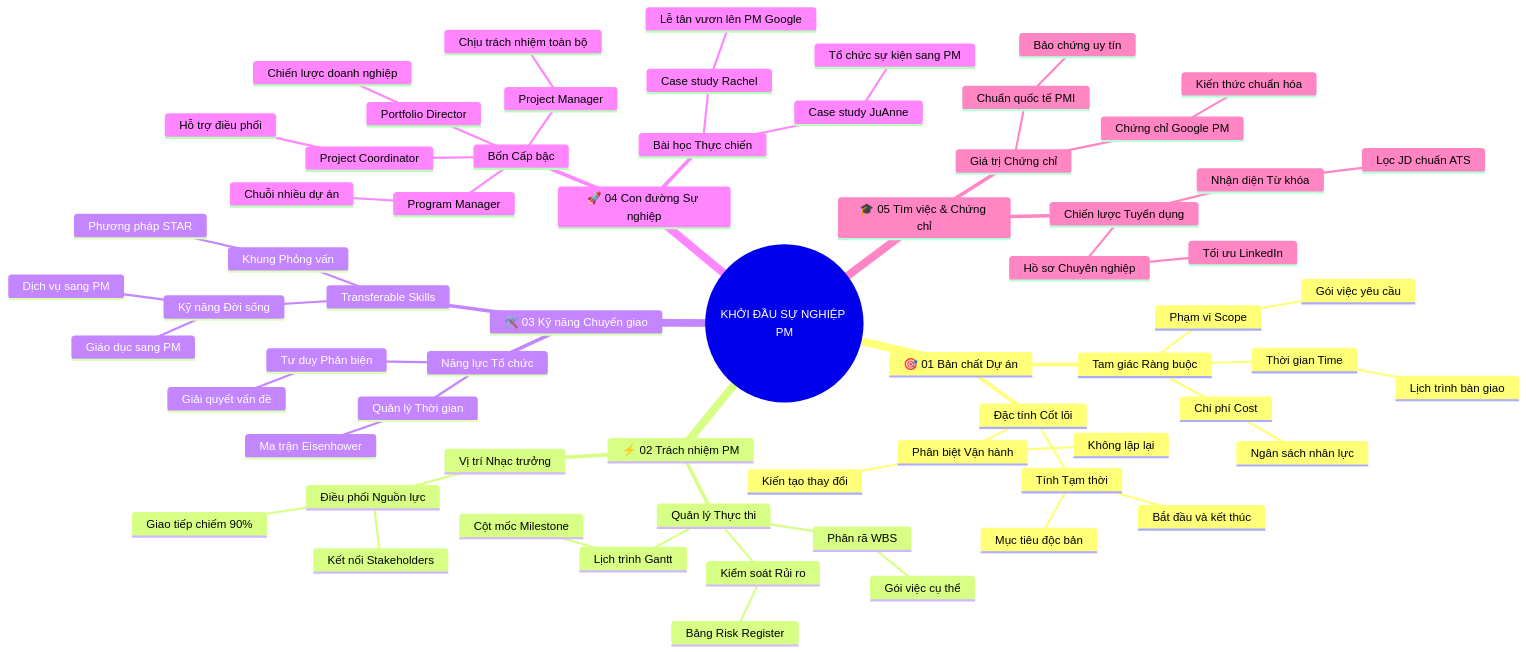
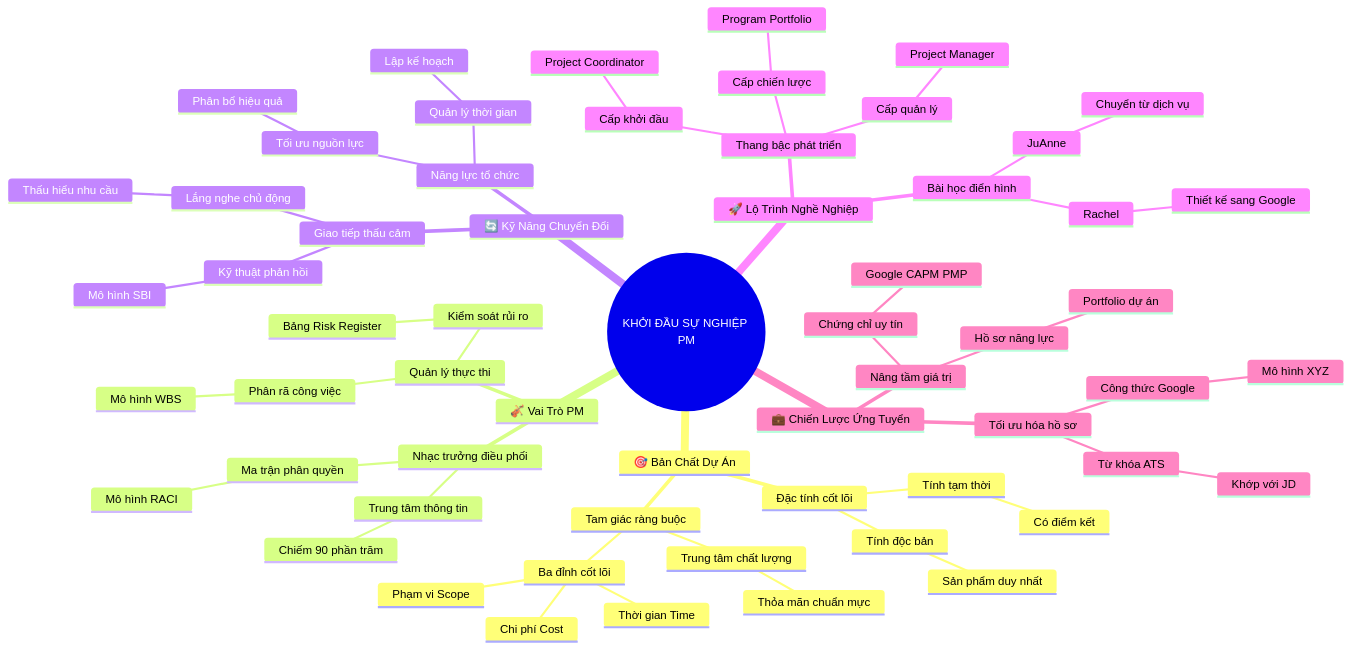
Before and after one commit to tibe2109/audio-book-refactor: the diagram in Kich-ban-clipchamp/Google-Project-Management-Coursera/01-Embarking-on-a-Career-in-Project-Management/summary.md, drawn with Mermaid. The commit also changed other lines of this file and 680 other files, not shown here.

````diff
--- a/Kich-ban-clipchamp/Google-Project-Management-Coursera/01-Embarking-on-a-Career-in-Project-Management/summary.md
+++ b/Kich-ban-clipchamp/Google-Project-Management-Coursera/01-Embarking-on-a-Career-in-Project-Management/summary.md
@@ -157,69 +158,63 @@
 ```mermaid
 mindmap
   root((KHỞI ĐẦU SỰ NGHIỆP PM))
-    🎯 01 Bản chất Dự án
-      Đặc tính Cốt lõi
-        Tính Tạm thời
-          Bắt đầu và kết thúc
-          Mục tiêu độc bản
-        Phân biệt Vận hành
-          Không lặp lại
-          Kiến tạo thay đổi
-      Tam giác Ràng buộc
-        Phạm vi Scope
-          Gói việc yêu cầu
-        Thời gian Time
-          Lịch trình bàn giao
-        Chi phí Cost
-          Ngân sách nhân lực
-    ⚡ 02 Trách nhiệm PM
-      Vị trí Nhạc trưởng
-        Điều phối Nguồn lực
-          Giao tiếp chiếm 90%
-          Kết nối Stakeholders
-      Quản lý Thực thi
-        Phân rã WBS
-          Gói việc cụ thể
-        Lịch trình Gantt
-          Cột mốc Milestone
-        Kiểm soát Rủi ro
+    🎯 Bản Chất Dự Án
+      Đặc tính cốt lõi
+        Tính tạm thời
+          Có điểm kết
+        Tính độc bản
+          Sản phẩm duy nhất
+      Tam giác ràng buộc
+        Ba đỉnh cốt lõi
+          Phạm vi Scope
+          Thời gian Time
+          Chi phí Cost
+        Trung tâm chất lượng
+          Thỏa mãn chuẩn mực
+    🎻 Vai Trò PM
+      Nhạc trưởng điều phối
+        Trung tâm thông tin
+          Chiếm 90 phần trăm
+        Ma trận phân quyền
+          Mô hình RACI
+      Quản lý thực thi
+        Phân rã công việc
+          Mô hình WBS
+        Kiểm soát rủi ro
           Bảng Risk Register
-    🛠️ 03 Kỹ năng Chuyển giao
-      Năng lực Tổ chức
-        Quản lý Thời gian
-          Ma trận Eisenhower
-        Tư duy Phản biện
-          Giải quyết vấn đề
-      Transferable Skills
-        Kỹ năng Đời sống
-          Giáo dục sang PM
-          Dịch vụ sang PM
-        Khung Phỏng vấn
-          Phương pháp STAR
-    🚀 04 Con đường Sự nghiệp
-      Bốn Cấp bậc
-        Project Coordinator
-          Hỗ trợ điều phối
-        Project Manager
-          Chịu trách nhiệm toàn bộ
-        Program Manager
-          Chuỗi nhiều dự án
-        Portfolio Director
-          Chiến lược doanh nghiệp
-      Bài học Thực chiến
-        Case study JuAnne
-          Tổ chức sự kiện sang PM
-        Case study Rachel
-          Lễ tân vươn lên PM Google
-    🎓 05 Tìm việc & Chứng chỉ
-      Chiến lược Tuyển dụng
-        Nhận diện Từ khóa
-          Lọc JD chuẩn ATS
-        Hồ sơ Chuyên nghiệp
-          Tối ưu LinkedIn
-      Giá trị Chứng chỉ
-        Chứng chỉ Google PM
-          Kiến thức chuẩn hóa
-        Chuẩn quốc tế PMI
-          Bảo chứng uy tín
+    🔄 Kỹ Năng Chuyển Đổi
+      Năng lực tổ chức
+        Quản lý thời gian
+          Lập kế hoạch
+        Tối ưu nguồn lực
+          Phân bổ hiệu quả
+      Giao tiếp thấu cảm
+        Lắng nghe chủ động
+          Thấu hiểu nhu cầu
+        Kỹ thuật phản hồi
+          Mô hình SBI
+    🚀 Lộ Trình Nghề Nghiệp
+      Thang bậc phát triển
+        Cấp khởi đầu
+          Project Coordinator
+        Cấp quản lý
+          Project Manager
+        Cấp chiến lược
+          Program Portfolio
+      Bài học điển hình
+        JuAnne
+          Chuyển từ dịch vụ
+        Rachel
+          Thiết kế sang Google
+    💼 Chiến Lược Ứng Tuyển
+      Tối ưu hóa hồ sơ
+        Từ khóa ATS
+          Khớp với JD
+        Công thức Google
+          Mô hình XYZ
+      Nâng tầm giá trị
+        Chứng chỉ uy tín
+          Google CAPM PMP
+        Hồ sơ năng lực
+          Portfolio dự án
 ```
````
